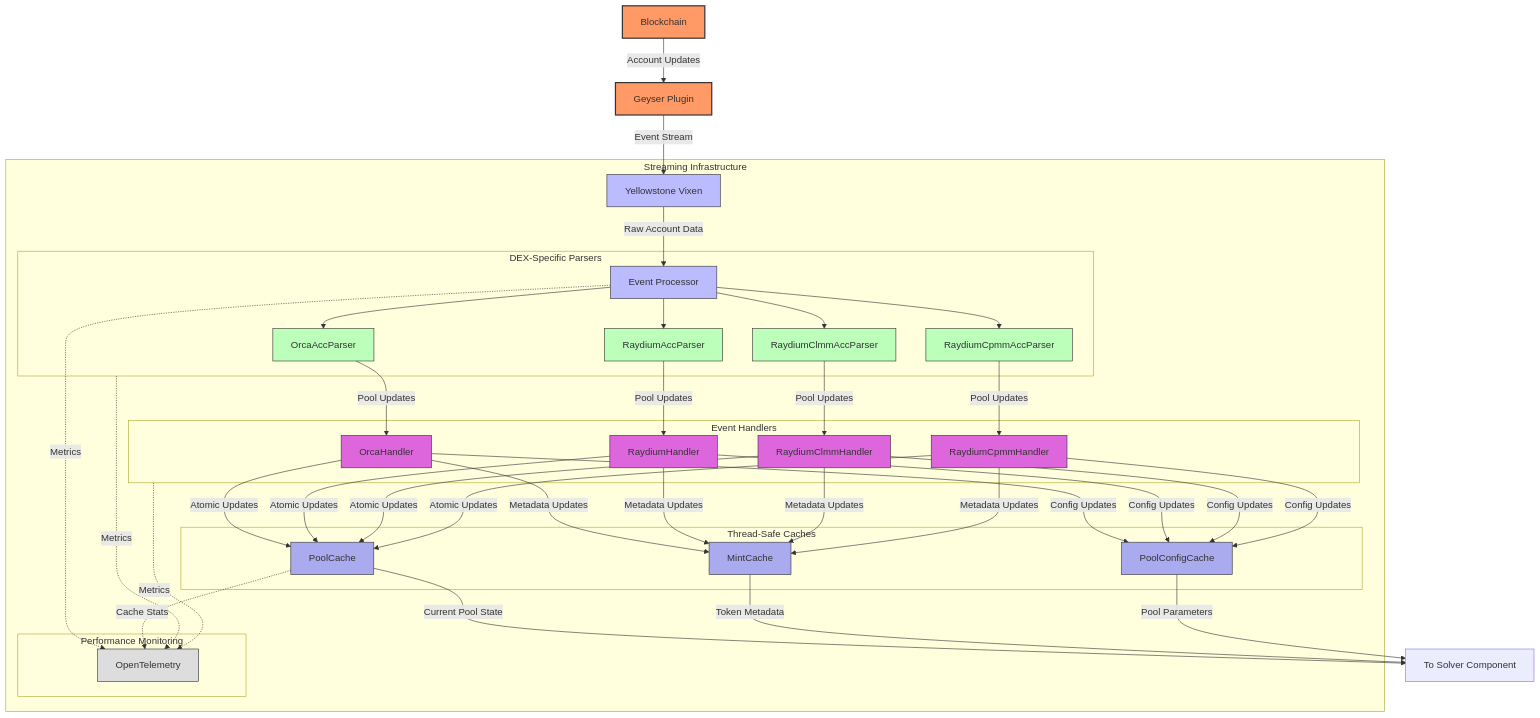
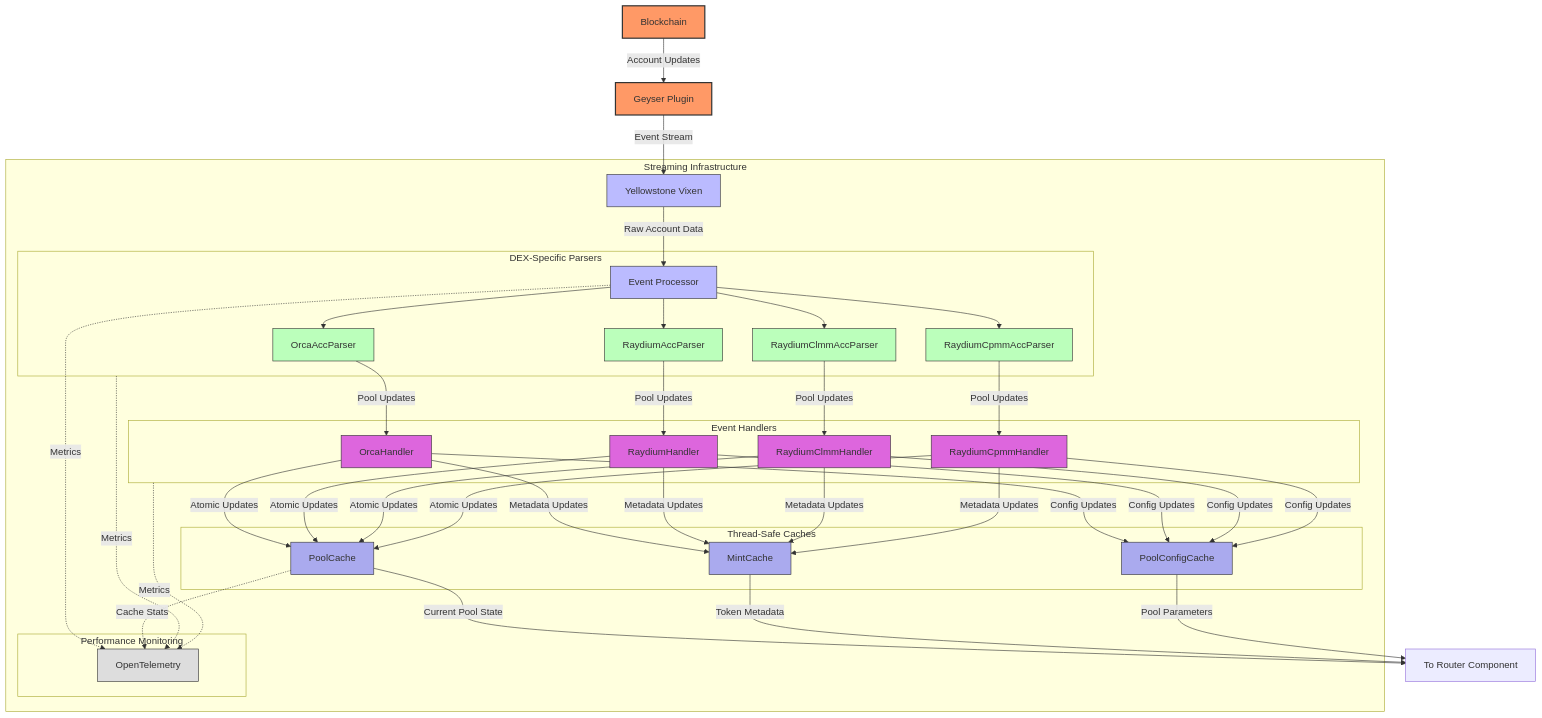
Before and after one commit to 808putnam/qtrade2: the second of 2 diagrams in docs/arbitrage_architecture.md, drawn with Mermaid. The commit also changed other lines of this file and 302 other files, not shown here.

````diff
--- a/docs/arbitrage_architecture.md
+++ b/docs/arbitrage_architecture.md
@@ -76,82 +76,82 @@
 ```mermaid
 flowchart TD
     %% External Data Source
     BC[Blockchain] --> |Account Updates| GP[Geyser Plugin]
     GP --> |Event Stream| YV[Yellowstone Vixen]
 
     subgraph StreamInfra[Streaming Infrastructure]
         %% Yellowstone Vixen Components
         YV --> |Raw Account Data| EP[Event Processor]
 
         %% Parser Layer
         subgraph Parsers[DEX-Specific Parsers]
             EP --> ORCA[OrcaAccParser]
             EP --> RAY[RaydiumAccParser]
             EP --> RCLMM[RaydiumClmmAccParser]
             EP --> RCPMM[RaydiumCpmmAccParser]
         end
 
         %% Handler Layer
         subgraph Handlers[Event Handlers]
             ORCA --> |Pool Updates| OH[OrcaHandler]
             RAY --> |Pool Updates| RH[RaydiumHandler]
             RCLMM --> |Pool Updates| RCLH[RaydiumClmmHandler]
             RCPMM --> |Pool Updates| RCPH[RaydiumCpmmHandler]
         end
 
         %% Shared Caches
         subgraph Caches[Thread-Safe Caches]
             PC[PoolCache]
             MintC[MintCache]
             PoolCC[PoolConfigCache]
         end
 
         %% Update Cache Connections
         OH --> |Atomic Updates| PC
         OH --> |Metadata Updates| MintC
         OH --> |Config Updates| PoolCC
 
         RH --> |Atomic Updates| PC
         RH --> |Metadata Updates| MintC
         RH --> |Config Updates| PoolCC
 
         RCLH --> |Atomic Updates| PC
         RCLH --> |Metadata Updates| MintC
         RCLH --> |Config Updates| PoolCC
 
         RCPH --> |Atomic Updates| PC
         RCPH --> |Metadata Updates| MintC
         RCPH --> |Config Updates| PoolCC
 
         %% Telemetry
         subgraph Telemetry[Performance Monitoring]
             OTEL[OpenTelemetry]
         end
 
         EP -.-> |Metrics| OTEL
         Parsers -.-> |Metrics| OTEL
         Handlers -.-> |Metrics| OTEL
         PC -.-> |Cache Stats| OTEL
     end
 
-    %% Output to Solver
-    PC --> |Current Pool State| Solver[To Solver Component]
-    MintC --> |Token Metadata| Solver
-    PoolCC --> |Pool Parameters| Solver
+    %% Output to Router
+    PC --> |Current Pool State| Router[To Router Component]
+    MintC --> |Token Metadata| Router
+    PoolCC --> |Pool Parameters| Router
 
     %% Style Definitions
     classDef external fill:#f96,stroke:#333,stroke-width:2px
     classDef processor fill:#bbf,stroke:#333
     classDef parser fill:#bfb,stroke:#333
     classDef handler fill:#d6d,stroke:#333
     classDef cache fill:#aae,stroke:#333
     classDef telemetry fill:#ddd,stroke:#333
 
     %% Apply Styles
     class BC,GP external
     class YV,EP processor
     class ORCA,RAY,RCLMM,RCPMM parser
     class OH,RH,RCLH,RCPH handler
     class PC,MintC,PoolCC cache
     class OTEL telemetry
 ```
````
